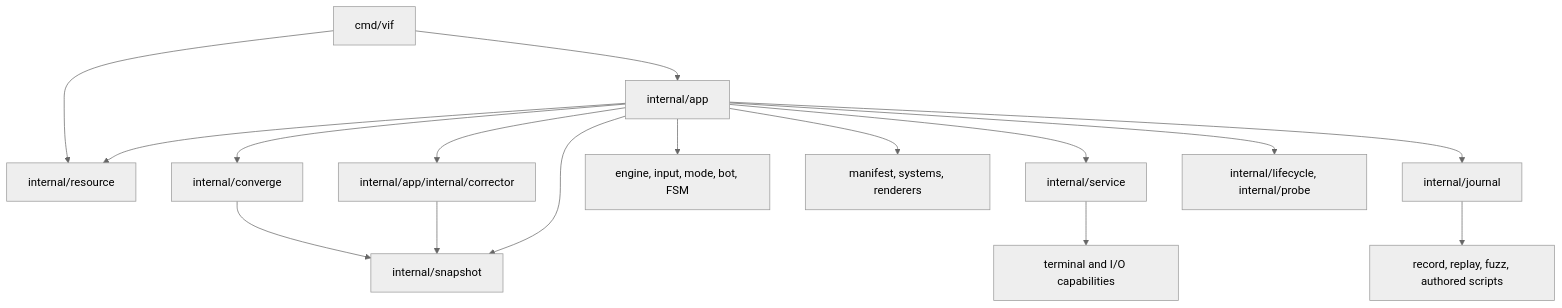
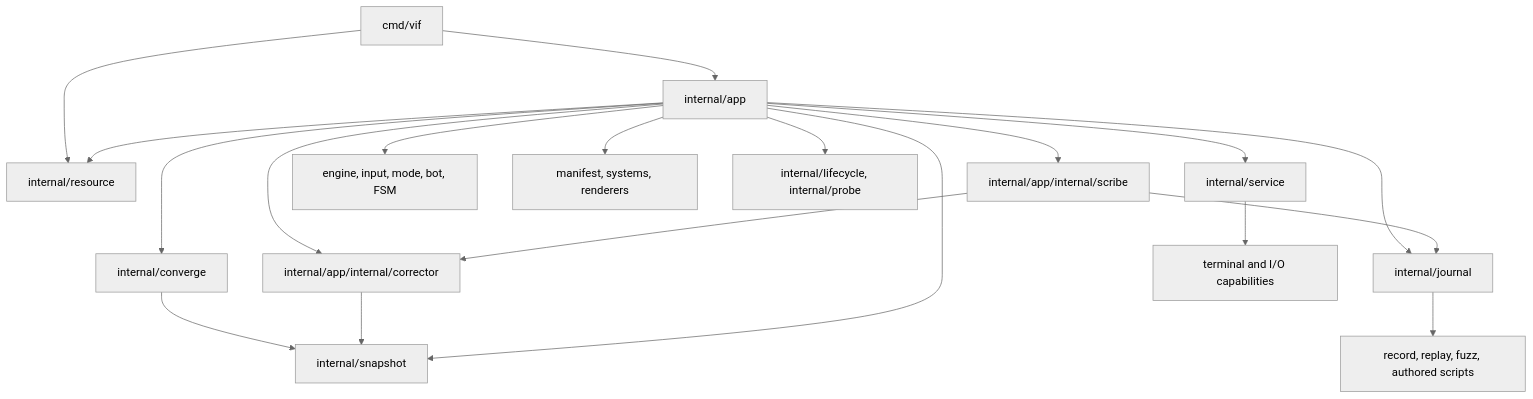
Before and after one commit to lixenwraith/vif: the first of 4 diagrams in doc/package-map.md, drawn with Mermaid (neutral theme). The commit also changed other lines of this file and 28 other files, not shown here.

````diff
--- a/doc/package-map.md
+++ b/doc/package-map.md
@@ -9,18 +9,21 @@
 ```mermaid
 flowchart TD
     Vif["cmd/vif"] --> App["internal/app"]
     Vif --> Resource["internal/resource"]
     App --> Resource
     App --> Converge["internal/converge"]
     App --> Corrector["internal/app/internal/corrector"]
+    App --> Scribe["internal/app/internal/scribe"]
+    Scribe --> Corrector
     Converge --> Snapshot["internal/snapshot"]
     Corrector --> Snapshot
     App --> Snapshot
     App --> Services["internal/service"]
     App --> Runtime["engine, input, mode, bot, FSM"]
     App --> Assembly["manifest, systems, renderers"]
     App --> Journal["internal/journal"]
+    Scribe --> Journal
     App --> Supervised["internal/lifecycle, internal/probe"]
     Journal --> Streams["record, replay, fuzz, authored scripts"]
     Services --> External["terminal and I/O capabilities"]
 ```
````
